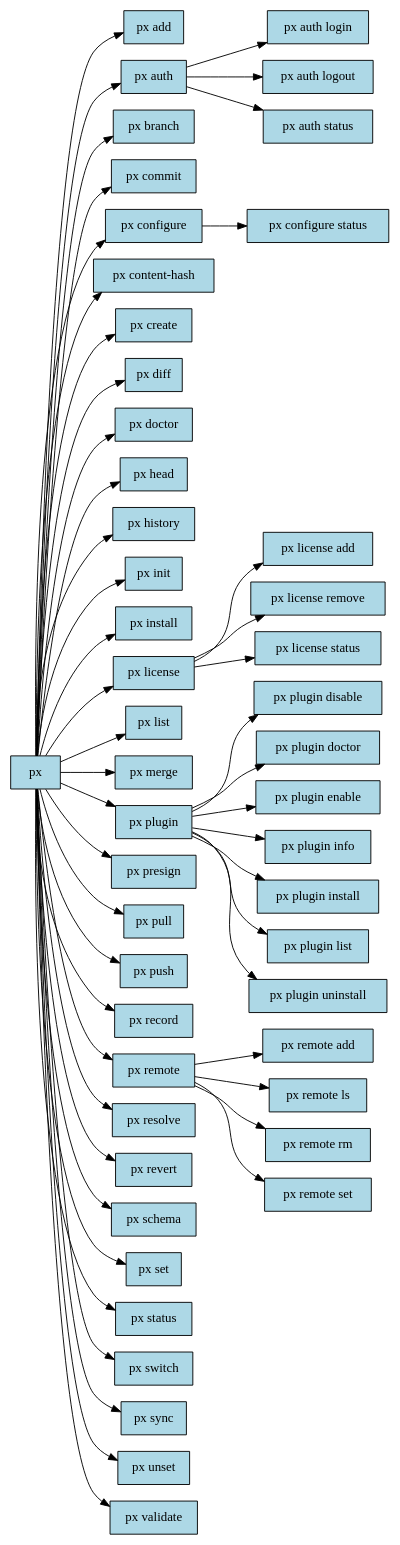
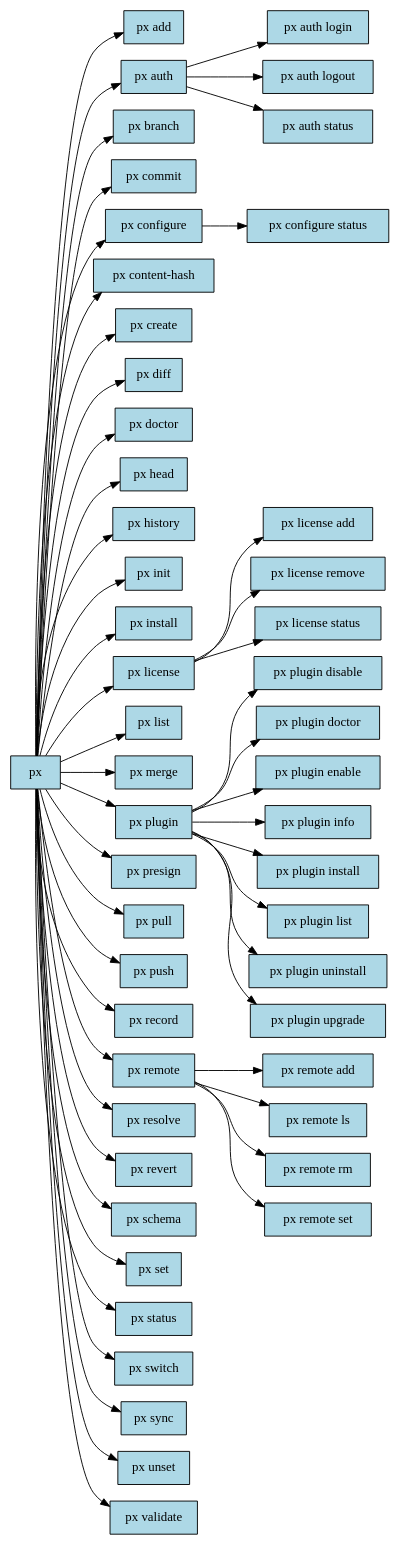
Before and after one commit to portalshq/px: the diagram in docs/generated/commands.dot, drawn with Graphviz. The commit also changed 17 other files, not shown here.

```diff
--- a/docs/generated/commands.dot
+++ b/docs/generated/commands.dot
@@ -1,103 +1,105 @@
 digraph px_commands {
     rankdir=LR;
     node [shape=box, style=filled, fillcolor=lightblue];
     
     "add" [label="px add"];
     "px" -> "add";
     "auth" [label="px auth"];
     "px" -> "auth";
     "auth_login" [label="px auth login"];
     "auth" -> "auth_login";
     "auth_logout" [label="px auth logout"];
     "auth" -> "auth_logout";
     "auth_status" [label="px auth status"];
     "auth" -> "auth_status";
     "branch" [label="px branch"];
     "px" -> "branch";
     "commit" [label="px commit"];
     "px" -> "commit";
     "configure" [label="px configure"];
     "px" -> "configure";
     "configure_status" [label="px configure status"];
     "configure" -> "configure_status";
     "content-hash" [label="px content-hash"];
     "px" -> "content-hash";
     "create" [label="px create"];
     "px" -> "create";
     "diff" [label="px diff"];
     "px" -> "diff";
     "doctor" [label="px doctor"];
     "px" -> "doctor";
     "head" [label="px head"];
     "px" -> "head";
     "history" [label="px history"];
     "px" -> "history";
     "init" [label="px init"];
     "px" -> "init";
     "install" [label="px install"];
     "px" -> "install";
     "license" [label="px license"];
     "px" -> "license";
     "license_add" [label="px license add"];
     "license" -> "license_add";
     "license_remove" [label="px license remove"];
     "license" -> "license_remove";
     "license_status" [label="px license status"];
     "license" -> "license_status";
     "list" [label="px list"];
     "px" -> "list";
     "merge" [label="px merge"];
     "px" -> "merge";
     "plugin" [label="px plugin"];
     "px" -> "plugin";
     "plugin_disable" [label="px plugin disable"];
     "plugin" -> "plugin_disable";
     "plugin_doctor" [label="px plugin doctor"];
     "plugin" -> "plugin_doctor";
     "plugin_enable" [label="px plugin enable"];
     "plugin" -> "plugin_enable";
     "plugin_info" [label="px plugin info"];
     "plugin" -> "plugin_info";
     "plugin_install" [label="px plugin install"];
     "plugin" -> "plugin_install";
     "plugin_list" [label="px plugin list"];
     "plugin" -> "plugin_list";
     "plugin_uninstall" [label="px plugin uninstall"];
     "plugin" -> "plugin_uninstall";
+    "plugin_upgrade" [label="px plugin upgrade"];
+    "plugin" -> "plugin_upgrade";
     "presign" [label="px presign"];
     "px" -> "presign";
     "pull" [label="px pull"];
     "px" -> "pull";
     "push" [label="px push"];
     "px" -> "push";
     "record" [label="px record"];
     "px" -> "record";
     "remote" [label="px remote"];
     "px" -> "remote";
     "remote_add" [label="px remote add"];
     "remote" -> "remote_add";
     "remote_ls" [label="px remote ls"];
     "remote" -> "remote_ls";
     "remote_rm" [label="px remote rm"];
     "remote" -> "remote_rm";
     "remote_set" [label="px remote set"];
     "remote" -> "remote_set";
     "resolve" [label="px resolve"];
     "px" -> "resolve";
     "revert" [label="px revert"];
     "px" -> "revert";
     "schema" [label="px schema"];
     "px" -> "schema";
     "set" [label="px set"];
     "px" -> "set";
     "status" [label="px status"];
     "px" -> "status";
     "switch" [label="px switch"];
     "px" -> "switch";
     "sync" [label="px sync"];
     "px" -> "sync";
     "unset" [label="px unset"];
     "px" -> "unset";
     "validate" [label="px validate"];
     "px" -> "validate";
 }
```
